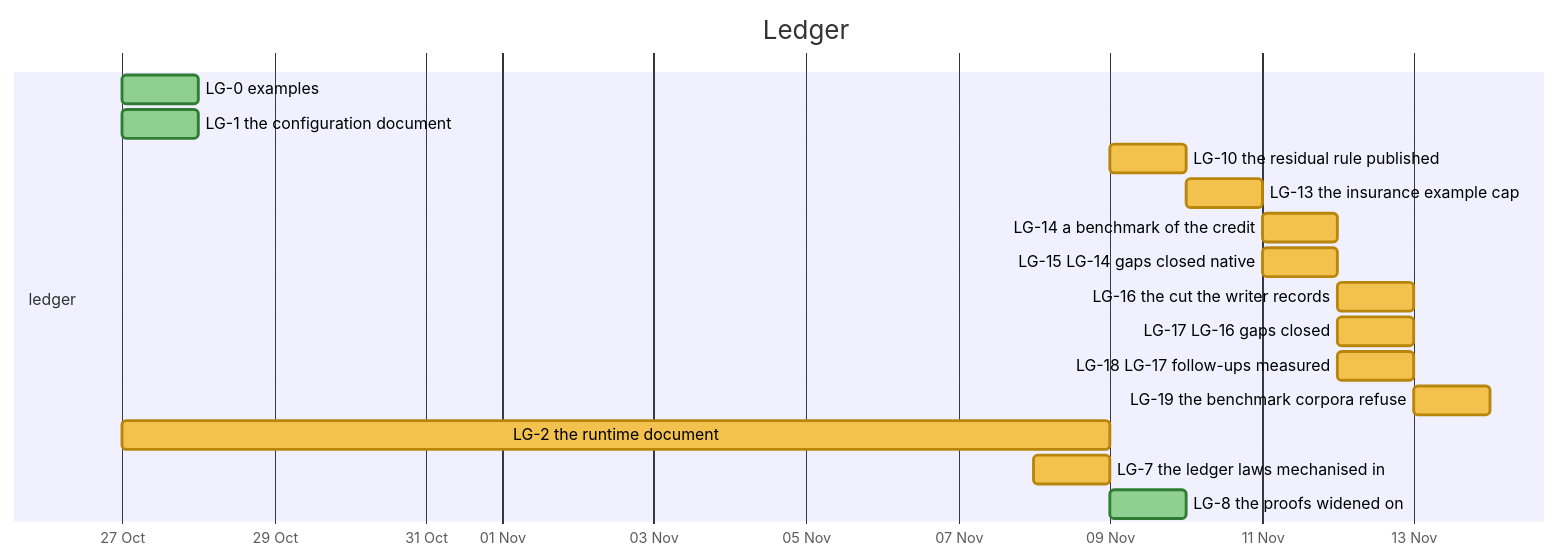
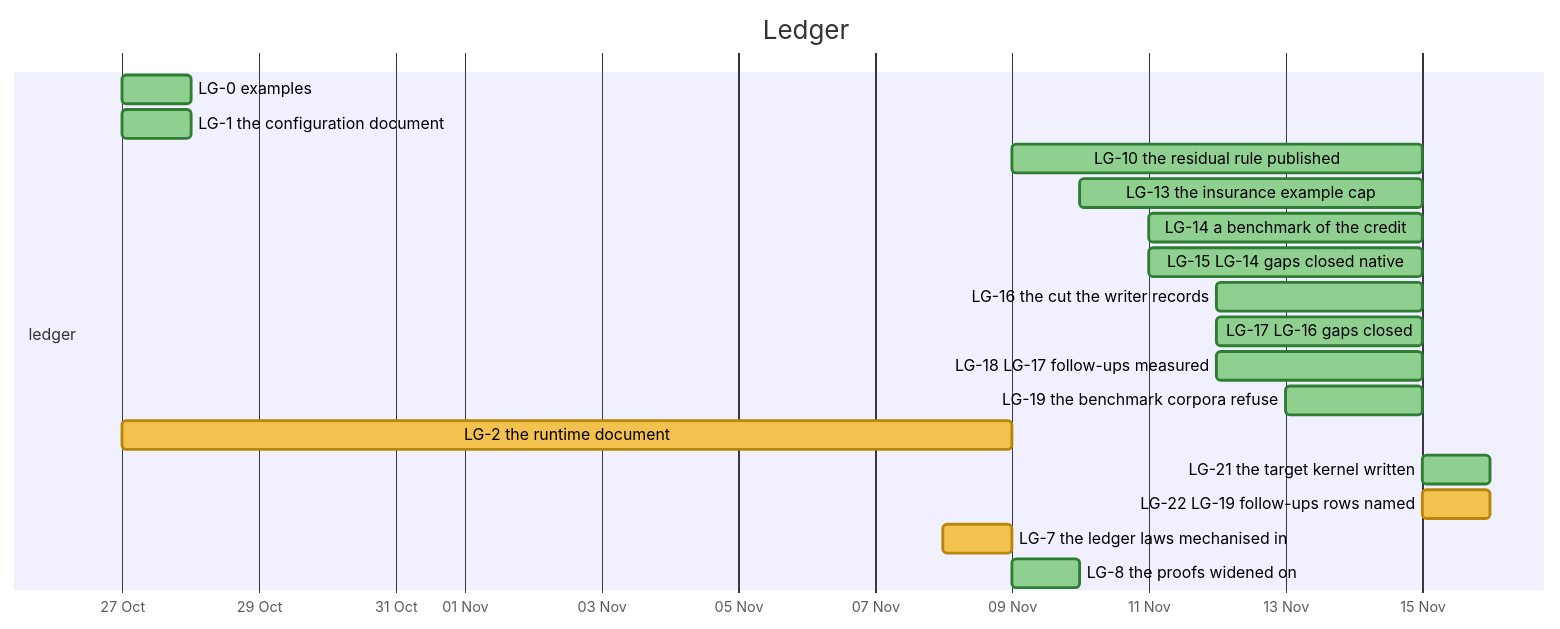
Before and after one commit to nebularis/lattice: the tenth of 31 diagrams in docs/developer/ROADMAP.md, drawn with Mermaid. The commit also changed other lines of this file and 7 other files, not shown here.

````diff
--- a/docs/developer/ROADMAP.md
+++ b/docs/developer/ROADMAP.md
@@ -334,21 +334,23 @@
 ```mermaid
 %%{init: {"themeVariables": {"taskBkgColor": "#f2c14e", "taskBorderColor": "#b8860b", "taskTextColor": "#000000", "activeTaskBkgColor": "#4e9af1", "activeTaskBorderColor": "#1f5fbf", "activeTaskBorderColor": "#1f5fbf", "doneTaskBkgColor": "#8fcf8f", "doneTaskBorderColor": "#2f7d32", "critBkgColor": "#f28b82", "critBorderColor": "#b23a30", "taskTextDarkColor": "#000000", "taskTextLightColor": "#000000"}}}%%
 gantt
     title Ledger
     dateFormat YYYY-MM-DD
     axisFormat %d %b
     section ledger
     LG-0 examples :done, lg0, 2026-10-27, 2026-10-28
     LG-1 the configuration document :done, lg1, 2026-10-27, 2026-10-28
-    LG-10 the residual rule published :lg10, 2026-11-09, 2026-11-10
-    LG-13 the insurance example cap :lg13, 2026-11-10, 2026-11-11
-    LG-14 a benchmark of the credit :lg14, 2026-11-11, 2026-11-12
-    LG-15 LG-14 gaps closed native :lg15, 2026-11-11, 2026-11-12
-    LG-16 the cut the writer records :lg16, 2026-11-12, 2026-11-13
-    LG-17 LG-16 gaps closed :lg17, 2026-11-12, 2026-11-13
-    LG-18 LG-17 follow-ups measured :lg18, 2026-11-12, 2026-11-13
-    LG-19 the benchmark corpora refuse :lg19, 2026-11-13, 2026-11-14
+    LG-10 the residual rule published :done, lg10, 2026-11-09, 2026-11-15
+    LG-13 the insurance example cap :done, lg13, 2026-11-10, 2026-11-15
+    LG-14 a benchmark of the credit :done, lg14, 2026-11-11, 2026-11-15
+    LG-15 LG-14 gaps closed native :done, lg15, 2026-11-11, 2026-11-15
+    LG-16 the cut the writer records :done, lg16, 2026-11-12, 2026-11-15
+    LG-17 LG-16 gaps closed :done, lg17, 2026-11-12, 2026-11-15
+    LG-18 LG-17 follow-ups measured :done, lg18, 2026-11-12, 2026-11-15
+    LG-19 the benchmark corpora refuse :done, lg19, 2026-11-13, 2026-11-15
     LG-2 the runtime document :lg2, 2026-10-27, 2026-11-09
+    LG-21 the target kernel written :done, lg21, 2026-11-15, 2026-11-16
+    LG-22 LG-19 follow-ups rows named :lg22, 2026-11-15, 2026-11-16
     LG-7 the ledger laws mechanised in :lg7, 2026-11-08, 2026-11-09
     LG-8 the proofs widened on :done, lg8, 2026-11-09, 2026-11-10
 ```
````
